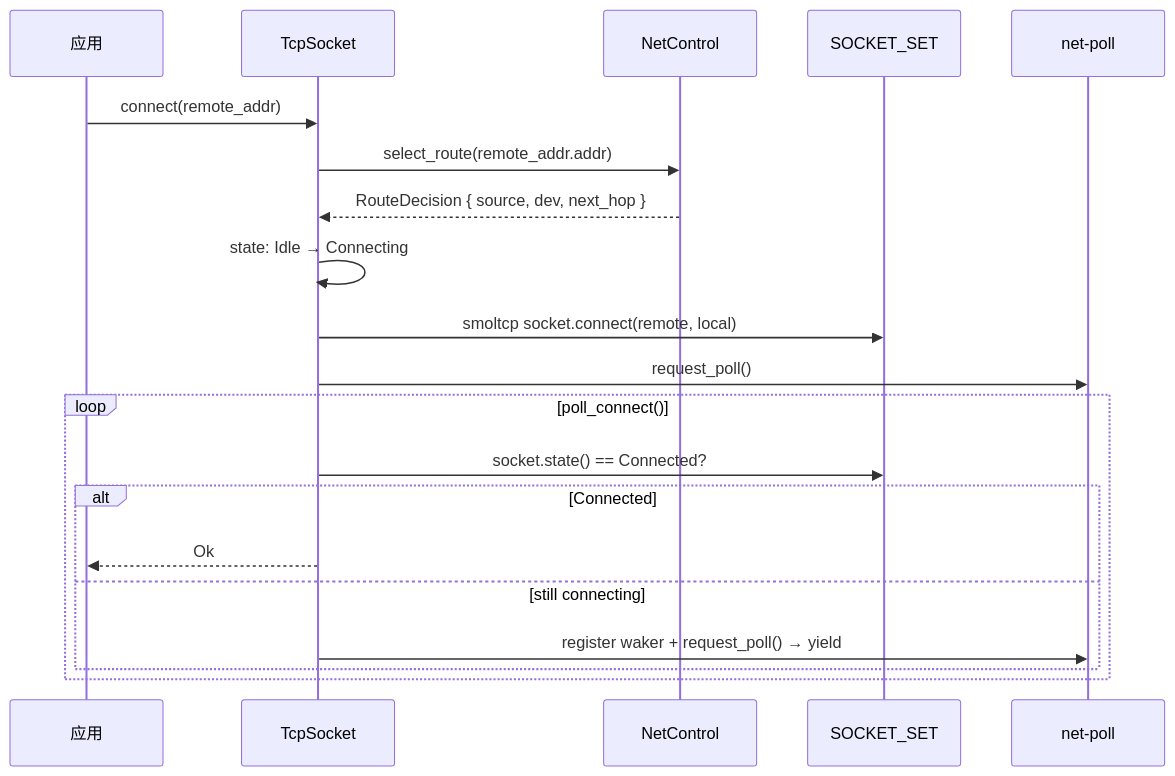
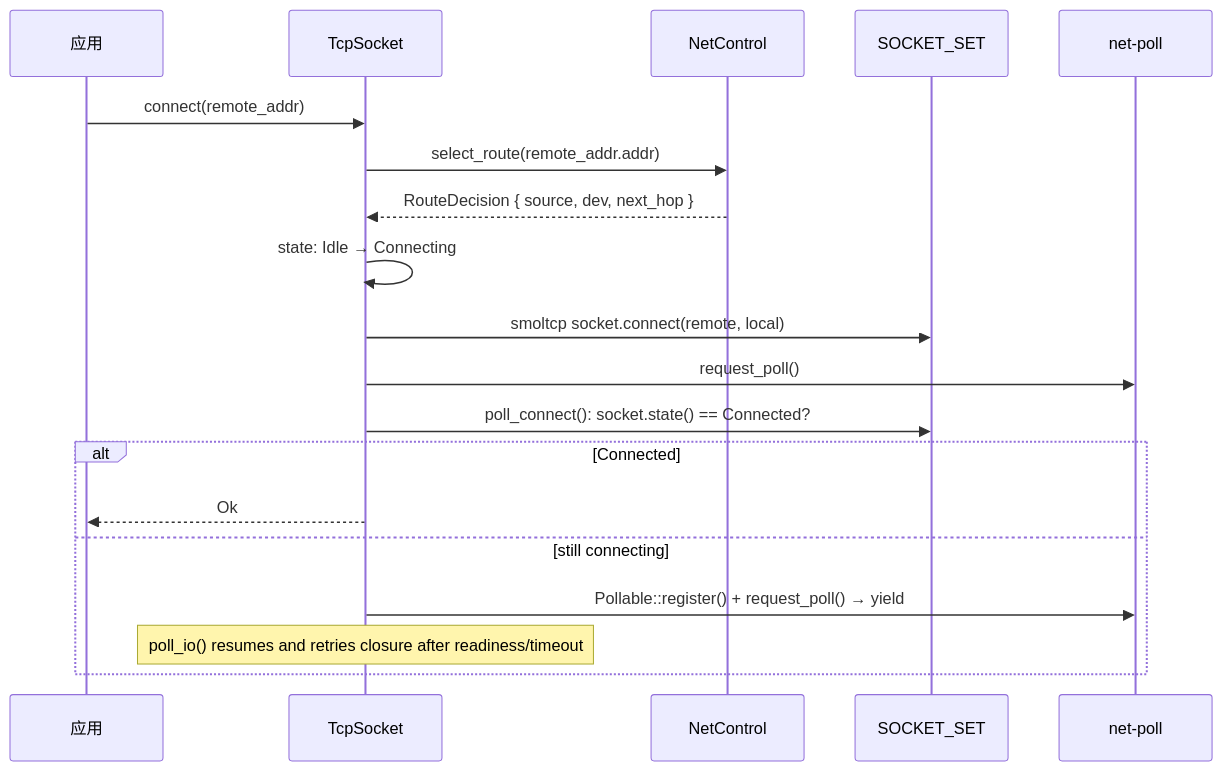
The fifth of 9 diagrams in docs/docs/architecture/net/flows.md (rcore-os/tgoskits), drawn with Mermaid before and after one commit. The commit also changed other lines of this file and 9 other files, not shown here.

````diff
--- a/docs/docs/architecture/net/flows.md
+++ b/docs/docs/architecture/net/flows.md
@@ -534,23 +535,22 @@
 ```mermaid
 sequenceDiagram
     participant App as 应用
     participant Sock as TcpSocket
     participant Control as NetControl
     participant SockSet as SOCKET_SET
     participant Poll as net-poll
 
     App->>Sock: connect(remote_addr)
     Sock->>Control: select_route(remote_addr.addr)
     Control-->>Sock: RouteDecision { source, dev, next_hop }
     Sock->>Sock: state: Idle → Connecting
     Sock->>SockSet: smoltcp socket.connect(remote, local)
     Sock->>Poll: request_poll()
-    loop poll_connect()
-        Sock->>SockSet: socket.state() == Connected?
-        alt Connected
-            Sock-->>App: Ok
-        else still connecting
-            Sock->>Poll: register waker + request_poll() → yield
-        end
+    Sock->>SockSet: poll_connect(): socket.state() == Connected?
+    alt Connected
+        Sock-->>App: Ok
+    else still connecting
+        Sock->>Poll: Pollable::register() + request_poll() → yield
+        Note over Sock: poll_io() resumes and retries closure after readiness/timeout
     end
 ```
````
